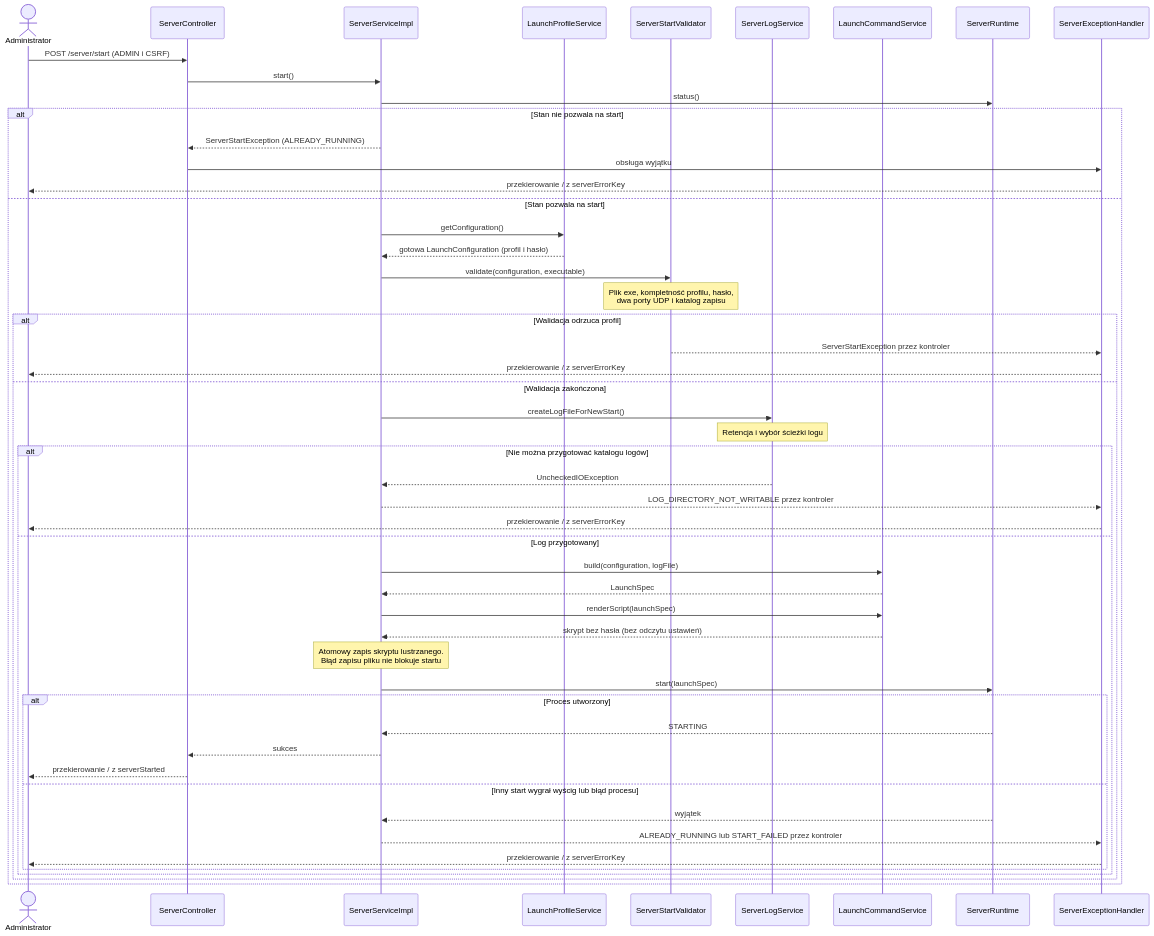
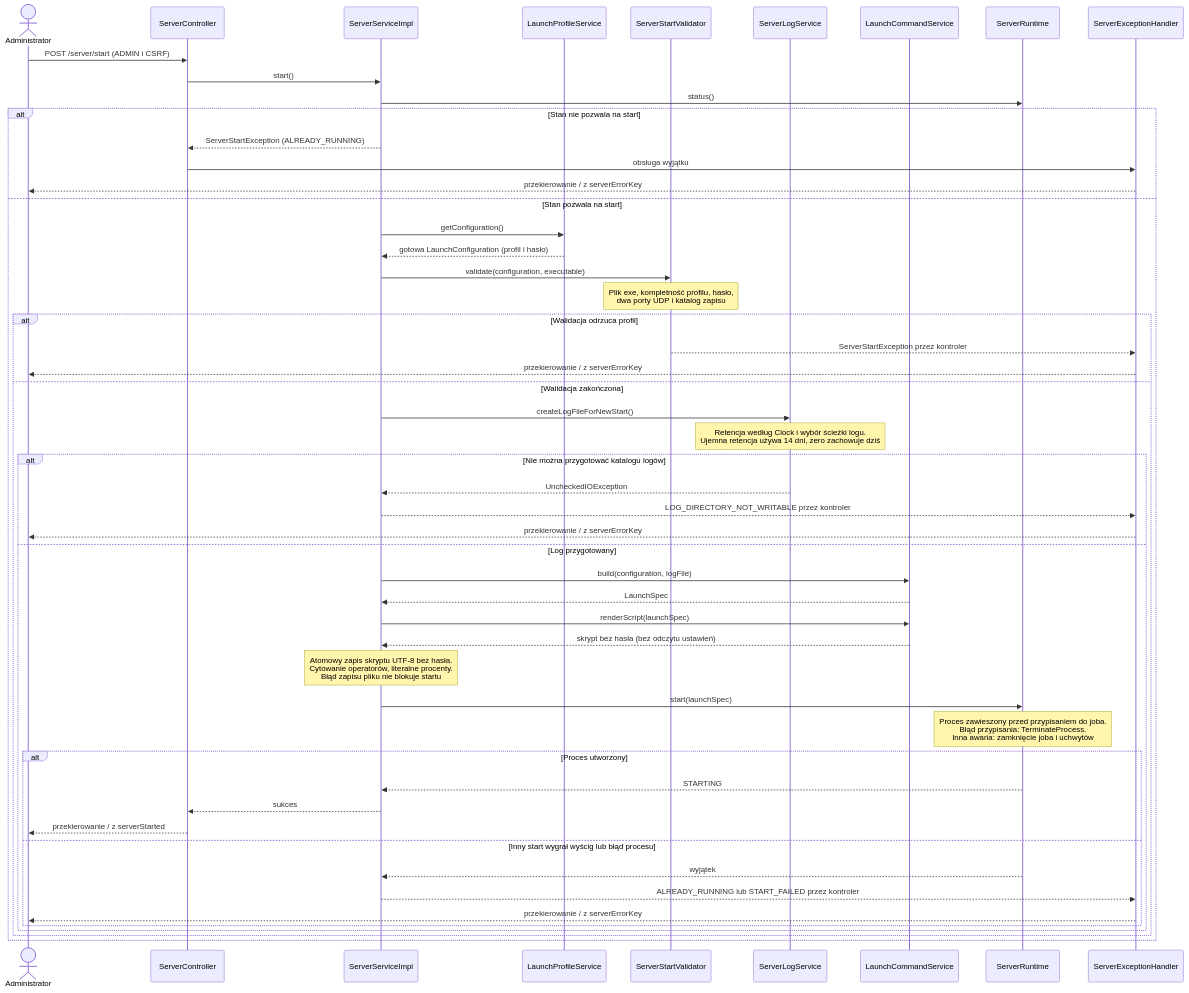
The diagram in dokumentacja/diagramy/server/przeplyw-uruchomienie-serwera.mmd (Pplociennik/vDeck), drawn with Mermaid before and after one commit. The commit also changed 21 other files, not shown here.

```diff
--- a/dokumentacja/diagramy/server/przeplyw-uruchomienie-serwera.mmd
+++ b/dokumentacja/diagramy/server/przeplyw-uruchomienie-serwera.mmd
@@ -1,52 +1,53 @@
 %% Diagram sekwencji: uruchomienie serwera Valheim
 sequenceDiagram
     actor Admin as Administrator
     participant Web as ServerController
     participant Service as ServerServiceImpl
     participant Profile as LaunchProfileService
     participant Validator as ServerStartValidator
     participant Logs as ServerLogService
     participant Command as LaunchCommandService
     participant Runtime as ServerRuntime
     participant Advice as ServerExceptionHandler
     Admin->>Web: POST /server/start (ADMIN i CSRF)
     Web->>Service: start()
     Service->>Runtime: status()
     alt Stan nie pozwala na start
         Service-->>Web: ServerStartException (ALREADY_RUNNING)
         Web->>Advice: obsługa wyjątku
         Advice-->>Admin: przekierowanie / z serverErrorKey
     else Stan pozwala na start
         Service->>Profile: getConfiguration()
         Profile-->>Service: gotowa LaunchConfiguration (profil i hasło)
         Service->>Validator: validate(configuration, executable)
         Note over Validator: Plik exe, kompletność profilu, hasło,<br/>dwa porty UDP i katalog zapisu
         alt Walidacja odrzuca profil
             Validator-->>Advice: ServerStartException przez kontroler
             Advice-->>Admin: przekierowanie / z serverErrorKey
         else Walidacja zakończona
             Service->>Logs: createLogFileForNewStart()
-            Note over Logs: Retencja i wybór ścieżki logu
+            Note over Logs: Retencja według Clock i wybór ścieżki logu.<br/>Ujemna retencja używa 14 dni, zero zachowuje dziś
             alt Nie można przygotować katalogu logów
                 Logs-->>Service: UncheckedIOException
                 Service-->>Advice: LOG_DIRECTORY_NOT_WRITABLE przez kontroler
                 Advice-->>Admin: przekierowanie / z serverErrorKey
             else Log przygotowany
                 Service->>Command: build(configuration, logFile)
                 Command-->>Service: LaunchSpec
                 Service->>Command: renderScript(launchSpec)
                 Command-->>Service: skrypt bez hasła (bez odczytu ustawień)
-                Note over Service: Atomowy zapis skryptu lustrzanego.<br/>Błąd zapisu pliku nie blokuje startu
+                Note over Service: Atomowy zapis skryptu UTF-8 bez hasła.<br/>Cytowanie operatorów, literalne procenty.<br/>Błąd zapisu pliku nie blokuje startu
                 Service->>Runtime: start(launchSpec)
+                Note over Runtime: Proces zawieszony przed przypisaniem do joba.<br/>Błąd przypisania: TerminateProcess.<br/>Inna awaria: zamknięcie joba i uchwytów
                 alt Proces utworzony
                     Runtime-->>Service: STARTING
                     Service-->>Web: sukces
                     Web-->>Admin: przekierowanie / z serverStarted
                 else Inny start wygrał wyścig lub błąd procesu
                     Runtime-->>Service: wyjątek
                     Service-->>Advice: ALREADY_RUNNING lub START_FAILED przez kontroler
                     Advice-->>Admin: przekierowanie / z serverErrorKey
                 end
             end
         end
     end
```
